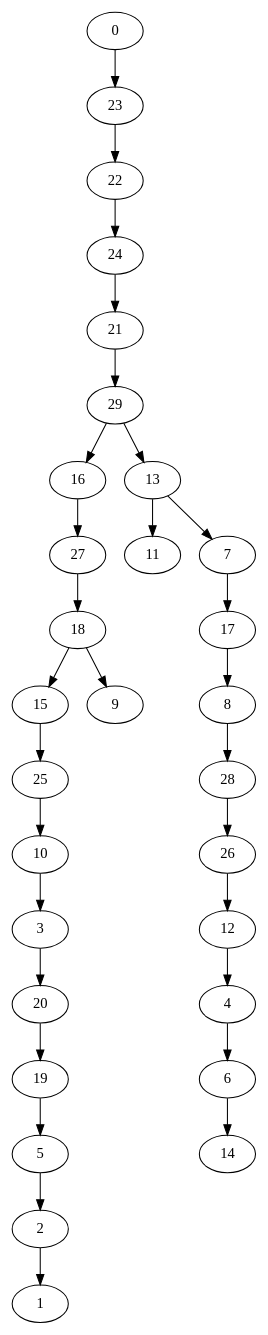
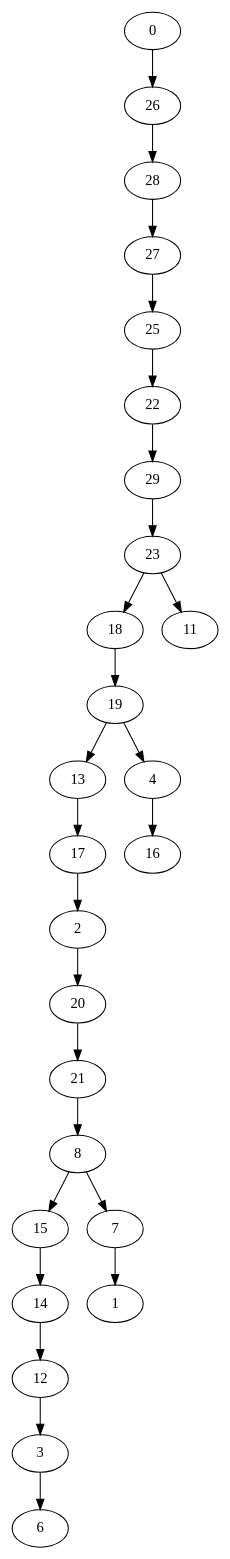
The diagram in gv/Geo_30_dfs.gv (HugoBec/graph), drawn with Graphviz before and after one commit. The commit also changed 60 other files, not shown here.

```diff
--- a/gv/Geo_30_dfs.gv
+++ b/gv/Geo_30_dfs.gv
@@ -1,61 +1,53 @@
 digraph {
 	0 [label=0]
+	26 [label=26]
+	28 [label=28]
+	27 [label=27]
+	25 [label=25]
+	22 [label=22]
+	29 [label=29]
 	23 [label=23]
-	22 [label=22]
-	24 [label=24]
+	18 [label=18]
+	19 [label=19]
+	13 [label=13]
+	17 [label=17]
+	2 [label=2]
+	20 [label=20]
 	21 [label=21]
-	29 [label=29]
+	8 [label=8]
+	15 [label=15]
+	14 [label=14]
+	12 [label=12]
+	3 [label=3]
+	6 [label=6]
+	7 [label=7]
+	1 [label=1]
+	4 [label=4]
 	16 [label=16]
-	27 [label=27]
-	18 [label=18]
-	15 [label=15]
-	25 [label=25]
-	10 [label=10]
-	3 [label=3]
-	20 [label=20]
-	19 [label=19]
-	5 [label=5]
-	2 [label=2]
-	1 [label=1]
-	9 [label=9]
-	13 [label=13]
 	11 [label=11]
-	7 [label=7]
-	17 [label=17]
-	8 [label=8]
-	28 [label=28]
-	26 [label=26]
-	12 [label=12]
-	4 [label=4]
-	6 [label=6]
-	14 [label=14]
-	0 -> 23
-	23 -> 22
-	22 -> 24
-	24 -> 21
-	21 -> 29
-	29 -> 16
-	16 -> 27
-	27 -> 18
-	18 -> 15
-	15 -> 25
-	25 -> 10
-	10 -> 3
-	3 -> 20
-	20 -> 19
-	19 -> 5
-	5 -> 2
-	2 -> 1
-	18 -> 9
-	29 -> 13
-	13 -> 11
-	13 -> 7
-	7 -> 17
-	17 -> 8
-	8 -> 28
-	28 -> 26
-	26 -> 12
-	12 -> 4
-	4 -> 6
-	6 -> 14
+	0 -> 26
+	26 -> 28
+	28 -> 27
+	27 -> 25
+	25 -> 22
+	22 -> 29
+	29 -> 23
+	23 -> 18
+	18 -> 19
+	19 -> 13
+	13 -> 17
+	17 -> 2
+	2 -> 20
+	20 -> 21
+	21 -> 8
+	8 -> 15
+	15 -> 14
+	14 -> 12
+	12 -> 3
+	3 -> 6
+	8 -> 7
+	7 -> 1
+	19 -> 4
+	4 -> 16
+	23 -> 11
 }
```
